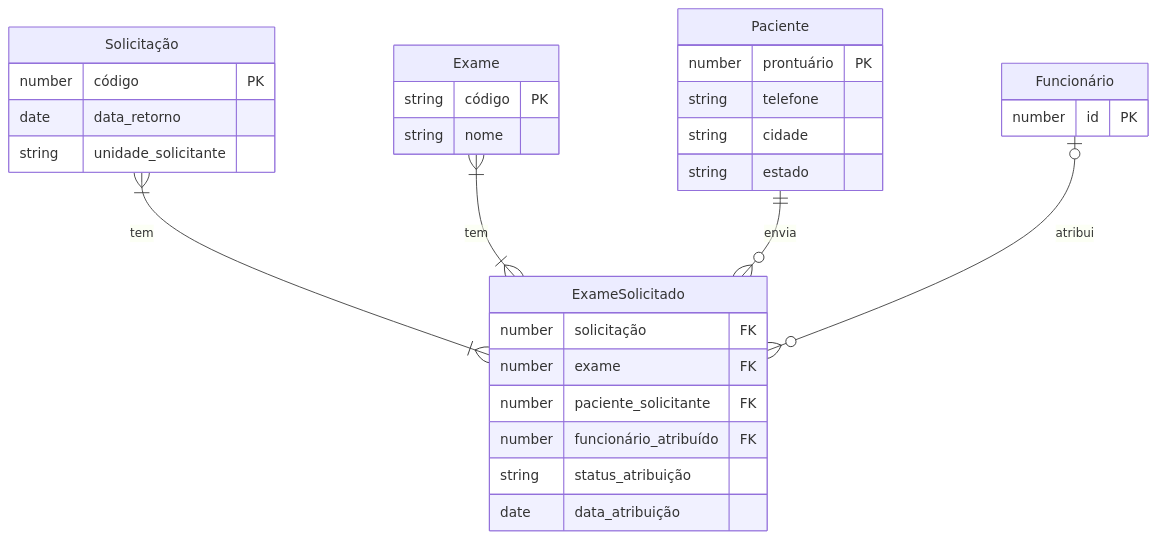
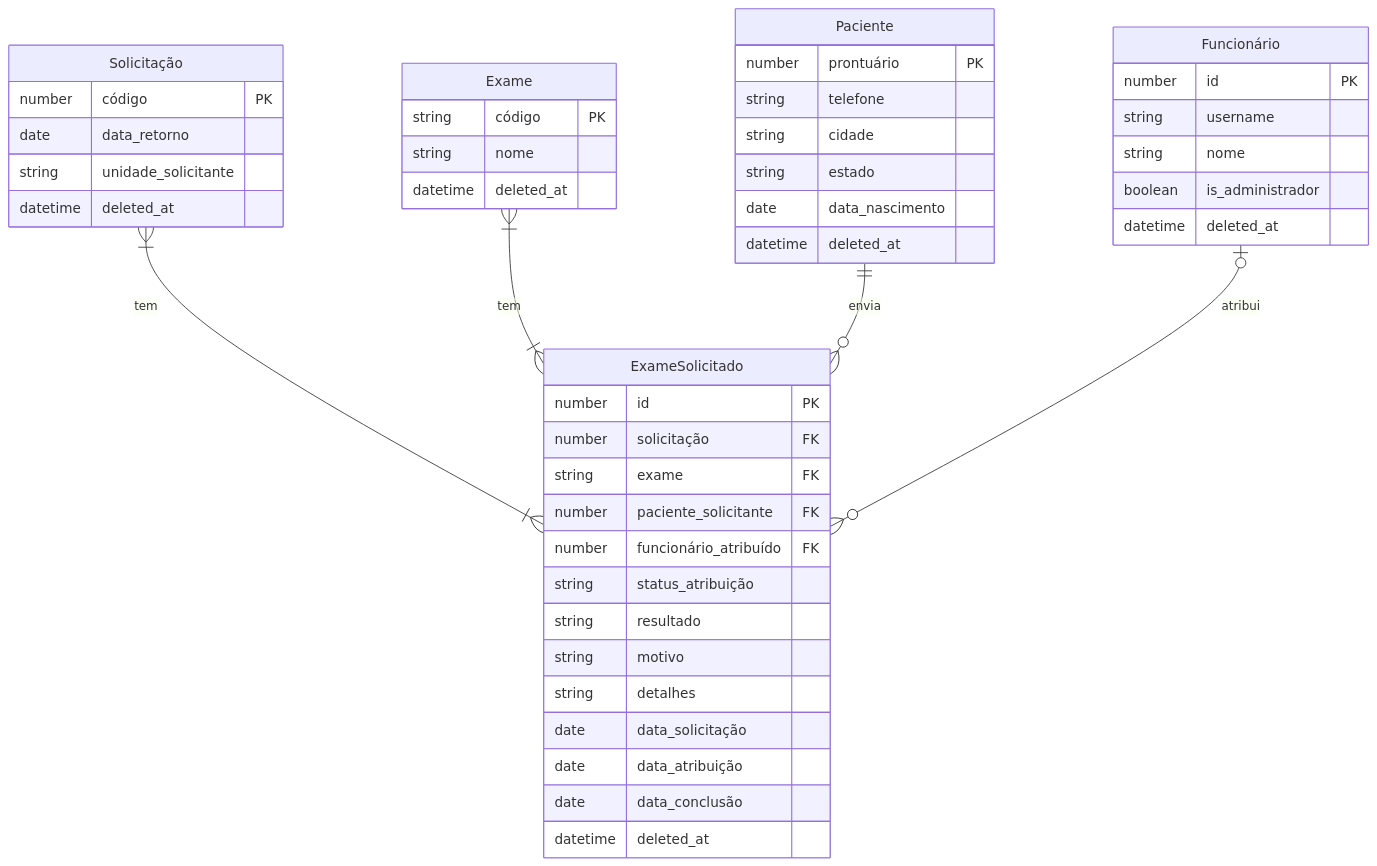
Before and after one commit to lgns-cin/marcacao-hc: the diagram in docs/spec/04-modelo-de-dados.md, drawn with Mermaid. The commit also changed other lines of this file and 10 other files, not shown here.

````diff
--- a/docs/spec/04-modelo-de-dados.md
+++ b/docs/spec/04-modelo-de-dados.md
@@ -4,39 +4,54 @@
 ```mermaid
 erDiagram
 	direction TB
 	Paciente {
 		number prontuário PK
-		string telefone 
-		string cidade  
-		string estado  
+		string telefone
+		string cidade
+		string estado
+		date data_nascimento
+		datetime deleted_at
 	}
 
 	Solicitação {
 		number código PK
 		date data_retorno
 		string unidade_solicitante
+		datetime deleted_at
 	}
 
 	Exame {
 		string código PK
 		string nome
+		datetime deleted_at
 	}
 
 	Funcionário {
 		number id PK
+		string username
+		string nome
+		boolean is_administrador
+		datetime deleted_at
 	}
 
 	ExameSolicitado {
+		number id PK
 		number solicitação FK
-		number exame FK
-        number paciente_solicitante FK
-        number funcionário_atribuído FK
-        string status_atribuição
-        date data_atribuição
+		string exame FK
+		number paciente_solicitante FK
+		number funcionário_atribuído FK
+		string status_atribuição
+		string resultado
+		string motivo
+		string detalhes
+		date data_solicitação
+		date data_atribuição
+		date data_conclusão
+		datetime deleted_at
 	}
 
 	Solicitação }|--|{ ExameSolicitado : "tem"
 	Exame }|--|{ ExameSolicitado : "tem"
 	Paciente ||--o{ ExameSolicitado : "envia"
-    Funcionário |o--o{ ExameSolicitado : "atribui"
+	Funcionário |o--o{ ExameSolicitado : "atribui"
 ```
````
